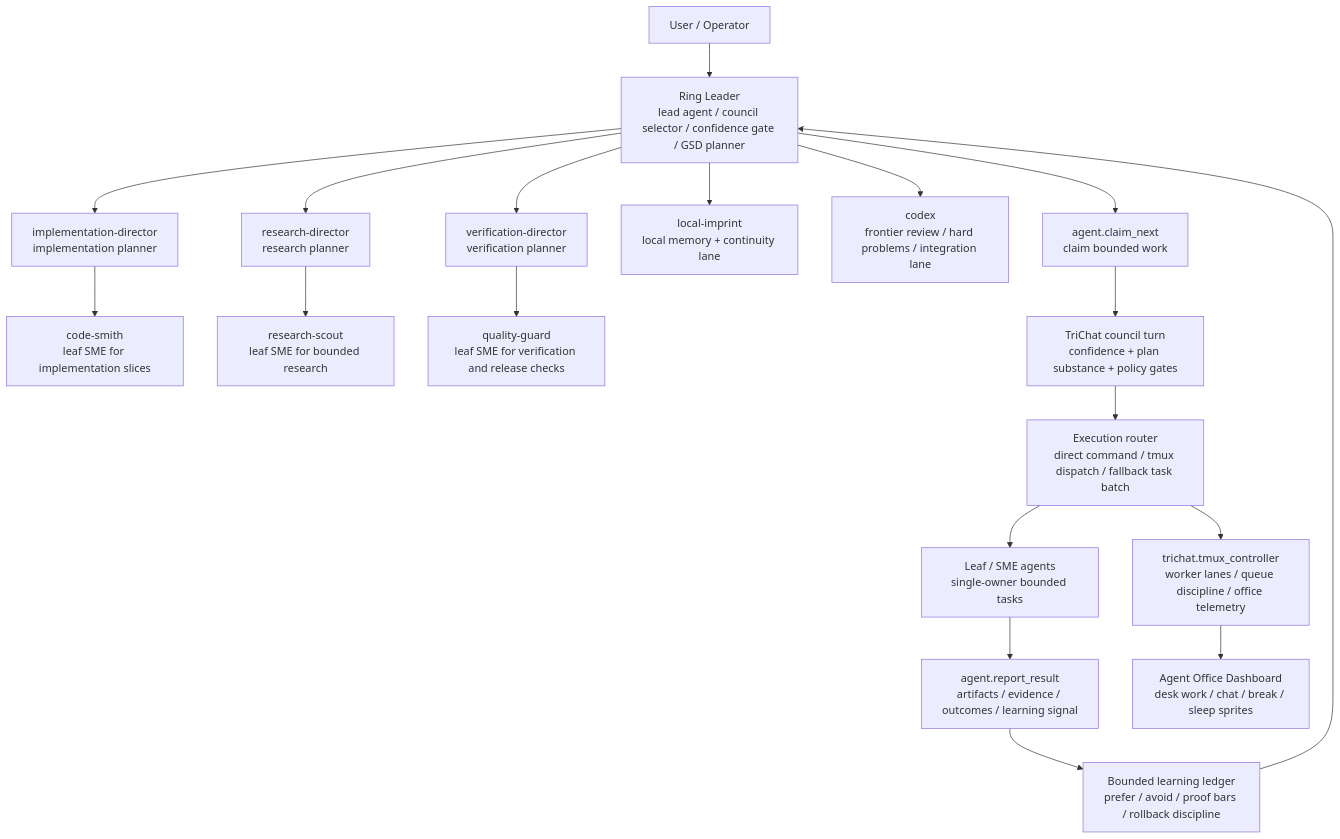
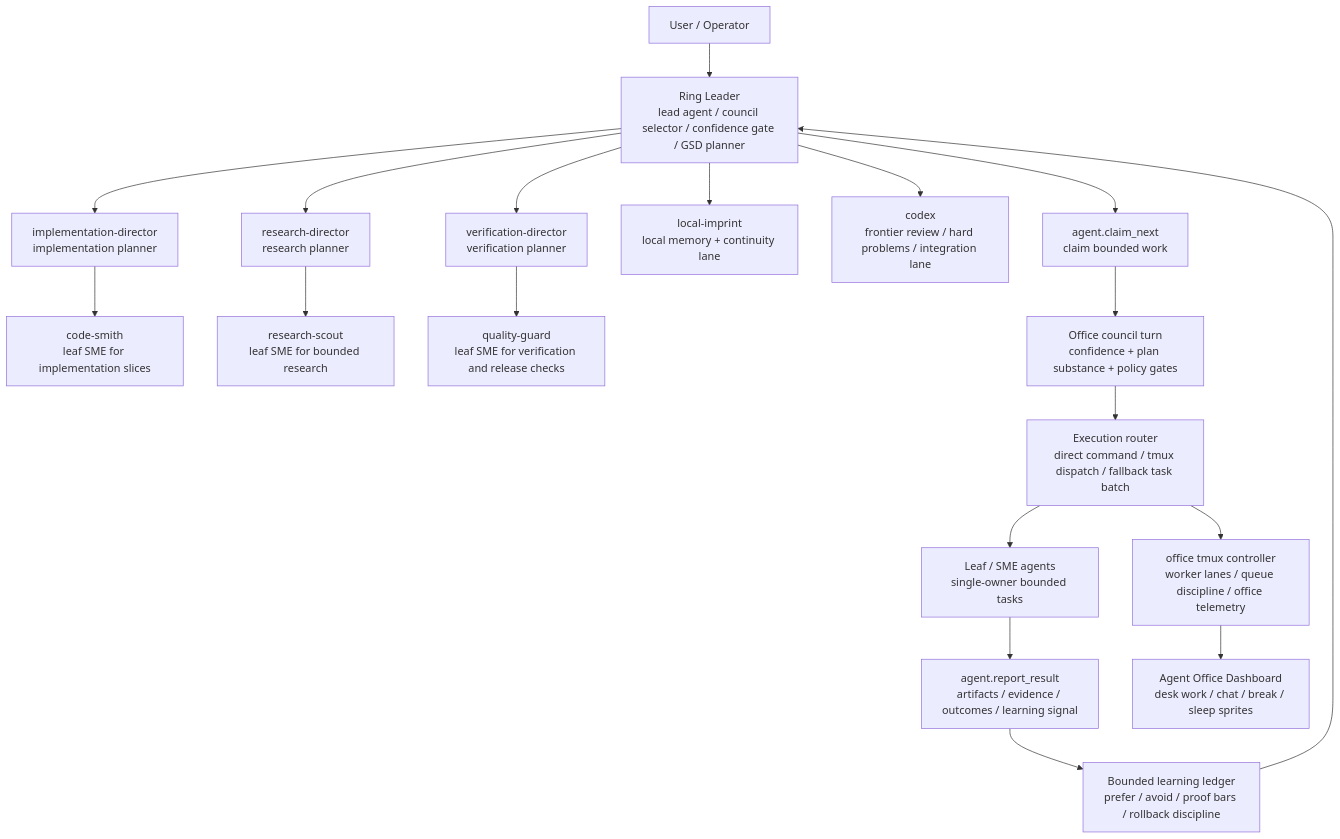
The third of 7 diagrams in README.md (driverd12/MASTER-MOLD), drawn with Mermaid before and after one commit. The commit also changed other lines of this file, not shown here.

````diff
--- a/README.md
+++ b/README.md
@@ -84,25 +96,25 @@
 ```mermaid
 flowchart TD
   User["User / Operator"] --> Ring["Ring Leader<br/>lead agent / council selector / confidence gate / GSD planner"]
 
   Ring --> DirImpl["implementation-director<br/>implementation planner"]
   Ring --> DirResearch["research-director<br/>research planner"]
   Ring --> DirVerify["verification-director<br/>verification planner"]
   Ring --> LocalImprint["local-imprint<br/>local memory + continuity lane"]
   Ring --> Codex["codex<br/>frontier review / hard problems / integration lane"]
 
   DirImpl --> CodeSmith["code-smith<br/>leaf SME for implementation slices"]
   DirResearch --> ResearchScout["research-scout<br/>leaf SME for bounded research"]
   DirVerify --> QualityGuard["quality-guard<br/>leaf SME for verification and release checks"]
 
   Ring --> Claim["agent.claim_next<br/>claim bounded work"]
-  Claim --> Council["TriChat council turn<br/>confidence + plan substance + policy gates"]
+  Claim --> Council["Office council turn<br/>confidence + plan substance + policy gates"]
   Council --> Execute["Execution router<br/>direct command / tmux dispatch / fallback task batch"]
   Execute --> Leafs["Leaf / SME agents<br/>single-owner bounded tasks"]
   Leafs --> Report["agent.report_result<br/>artifacts / evidence / outcomes / learning signal"]
   Report --> Learn["Bounded learning ledger<br/>prefer / avoid / proof bars / rollback discipline"]
   Learn --> Ring
 
-  Execute --> Tmux["trichat.tmux_controller<br/>worker lanes / queue discipline / office telemetry"]
+  Execute --> Tmux["office tmux controller<br/>worker lanes / queue discipline / office telemetry"]
   Tmux --> Dashboard["Agent Office Dashboard<br/>desk work / chat / break / sleep sprites"]
 ```
````
